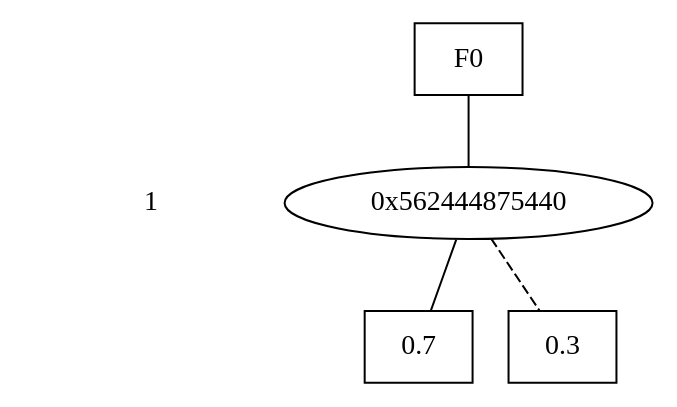
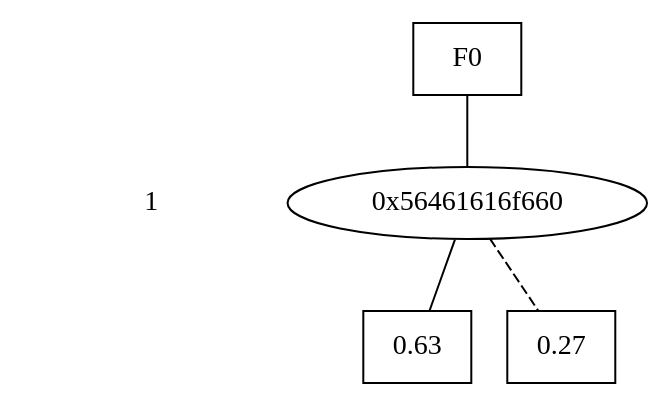
Before and after one commit to AAU-Dat/CuPAAL: the diagram in step_results/alpha_temp_1_1.dot, drawn with Graphviz. The commit also changed 38 other files, not shown here.

```diff
--- a/step_results/alpha_temp_1_1.dot
+++ b/step_results/alpha_temp_1_1.dot
@@ -1,25 +1,25 @@
 digraph "DD" {
 size = "7.5,10"
 center = true;
 edge [dir = none];
 { node [shape = plaintext];
   edge [style = invis];
   "CONST NODES" [style = invis];
 " 1 " -> "CONST NODES"; 
 }
 { rank = same; node [shape = box]; edge [style = invis];
 "F0"; }
 { rank = same; " 1 ";
-"0x562444875440";
+"0x56461616f660";
 }
 { rank = same; "CONST NODES";
-{ node [shape = box]; "0x562444875420";
-"0x5624448753a0";
+{ node [shape = box]; "0x56461616f620";
+"0x56461616f640";
 }
 }
-"F0" -> "0x562444875440" [style = solid];
-"0x562444875440" -> "0x562444875420";
-"0x562444875440" -> "0x5624448753a0" [style = dashed];
-"0x562444875420" [label = "0.7"];
-"0x5624448753a0" [label = "0.3"];
+"F0" -> "0x56461616f660" [style = solid];
+"0x56461616f660" -> "0x56461616f620";
+"0x56461616f660" -> "0x56461616f640" [style = dashed];
+"0x56461616f620" [label = "0.63"];
+"0x56461616f640" [label = "0.27"];
 }
```
